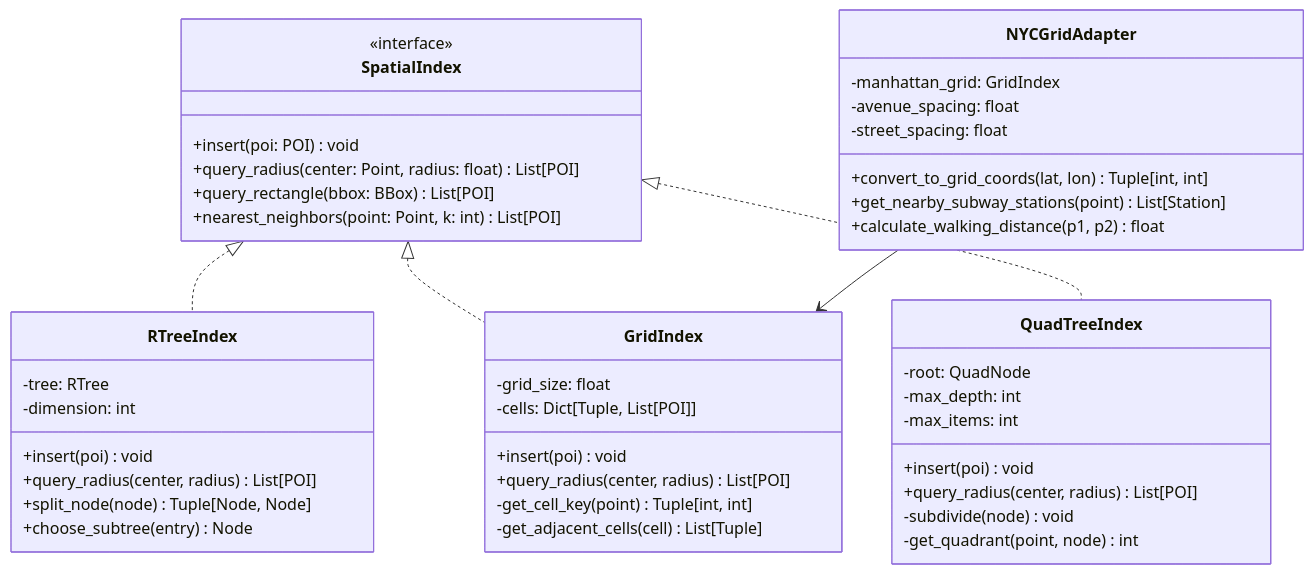
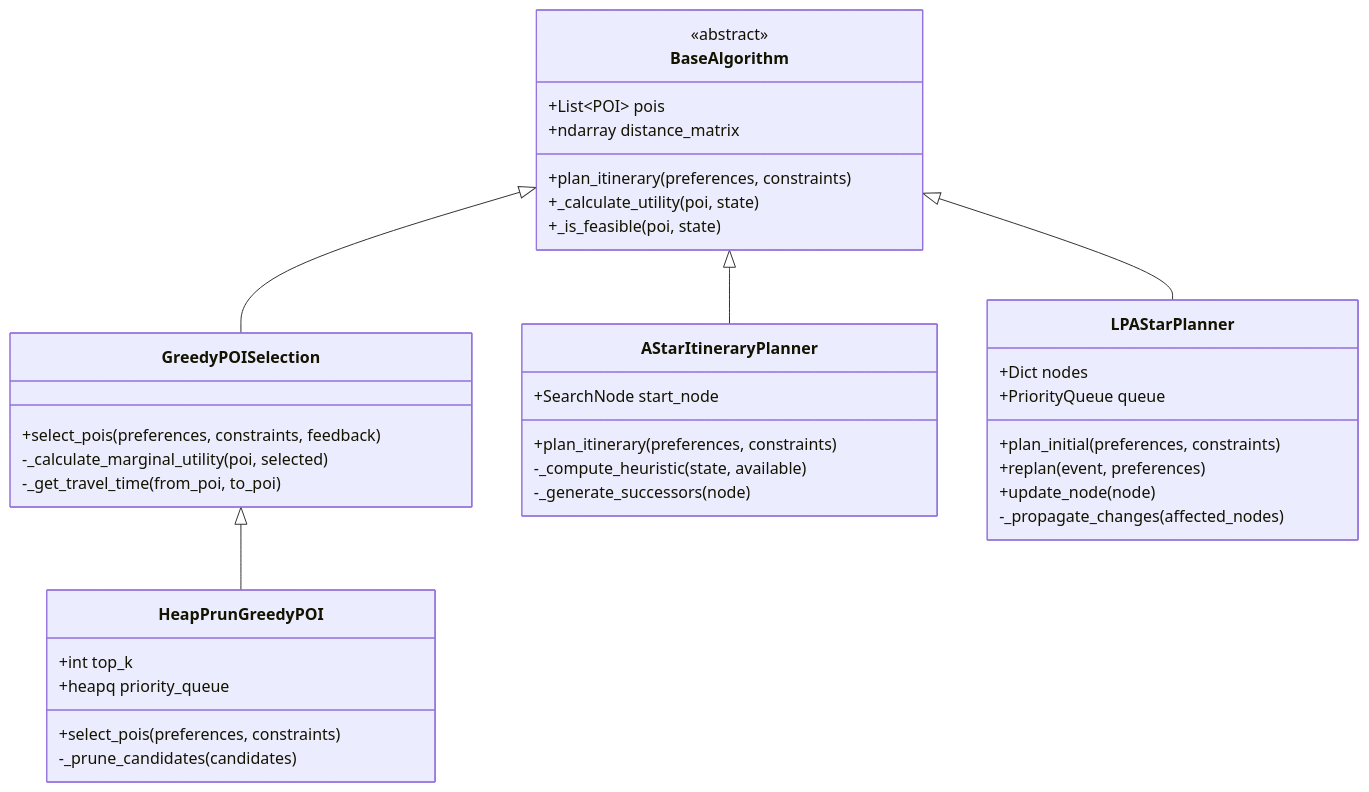
The second of 6 diagrams in docs/architecture.md (stelioszach03/thesis-ranking-itineraries), drawn with Mermaid before and after one commit. The commit also changed other lines of this file and 28 other files, not shown here.

````diff
--- a/docs/architecture.md
+++ b/docs/architecture.md
@@ -223,53 +73,45 @@
 ```mermaid
 classDiagram
-    class SpatialIndex {
-        <<interface>>
-        +insert(poi: POI) void
-        +query_radius(center: Point, radius: float) List[POI]
-        +query_rectangle(bbox: BBox) List[POI]
-        +nearest_neighbors(point: Point, k: int) List[POI]
+    class BaseAlgorithm {
+        <<abstract>>
+        +List~POI~ pois
+        +ndarray distance_matrix
+        +plan_itinerary(preferences, constraints)
+        +_calculate_utility(poi, state)
+        +_is_feasible(poi, state)
     }
     
-    class RTreeIndex {
-        -tree: RTree
-        -dimension: int
-        +insert(poi) void
-        +query_radius(center, radius) List[POI]
-        +split_node(node) Tuple[Node, Node]
-        +choose_subtree(entry) Node
+    class GreedyPOISelection {
+        +select_pois(preferences, constraints, feedback)
+        -_calculate_marginal_utility(poi, selected)
+        -_get_travel_time(from_poi, to_poi)
     }
     
-    class GridIndex {
-        -grid_size: float
-        -cells: Dict[Tuple, List[POI]]
-        +insert(poi) void
-        +query_radius(center, radius) List[POI]
-        -get_cell_key(point) Tuple[int, int]
-        -get_adjacent_cells(cell) List[Tuple]
+    class HeapPrunGreedyPOI {
+        +int top_k
+        +heapq priority_queue
+        +select_pois(preferences, constraints)
+        -_prune_candidates(candidates)
     }
     
-    class QuadTreeIndex {
-        -root: QuadNode
-        -max_depth: int
-        -max_items: int
-        +insert(poi) void
-        +query_radius(center, radius) List[POI]
-        -subdivide(node) void
-        -get_quadrant(point, node) int
+    class AStarItineraryPlanner {
+        +SearchNode start_node
+        +plan_itinerary(preferences, constraints)
+        -_compute_heuristic(state, available)
+        -_generate_successors(node)
     }
     
-    SpatialIndex <|.. RTreeIndex
-    SpatialIndex <|.. GridIndex
-    SpatialIndex <|.. QuadTreeIndex
-    
-    class NYCGridAdapter {
-        -manhattan_grid: GridIndex
-        -avenue_spacing: float
-        -street_spacing: float
-        +convert_to_grid_coords(lat, lon) Tuple[int, int]
-        +get_nearby_subway_stations(point) List[Station]
-        +calculate_walking_distance(p1, p2) float
+    class LPAStarPlanner {
+        +Dict nodes
+        +PriorityQueue queue
+        +plan_initial(preferences, constraints)
+        +replan(event, preferences)
+        +update_node(node)
+        -_propagate_changes(affected_nodes)
     }
     
-    NYCGridAdapter --> GridIndex
+    BaseAlgorithm <|-- GreedyPOISelection
+    BaseAlgorithm <|-- AStarItineraryPlanner
+    BaseAlgorithm <|-- LPAStarPlanner
+    GreedyPOISelection <|-- HeapPrunGreedyPOI
 ```
````
